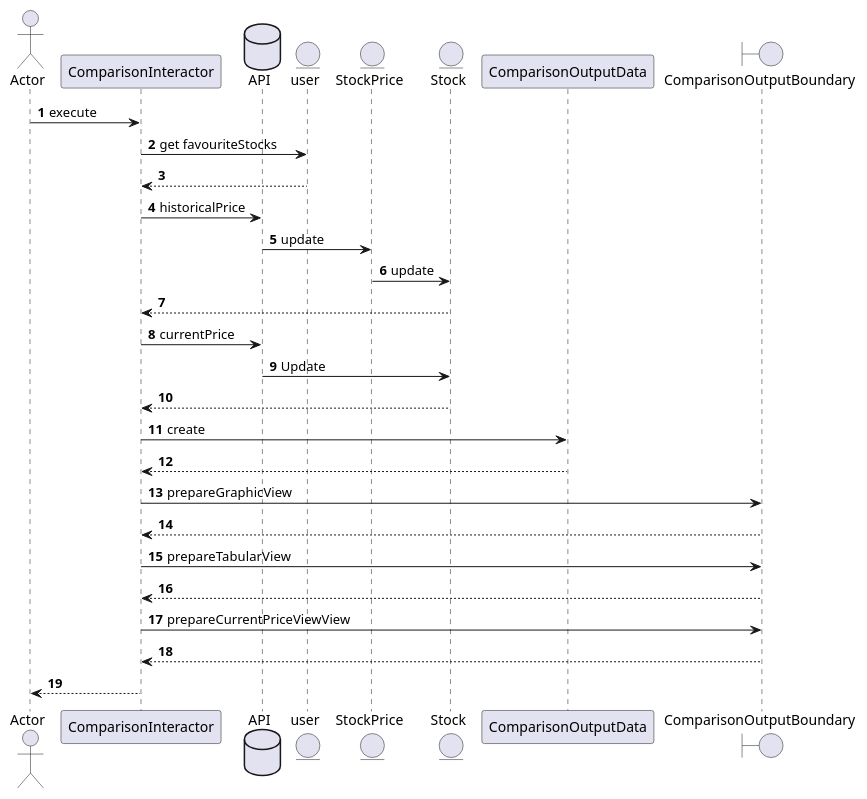
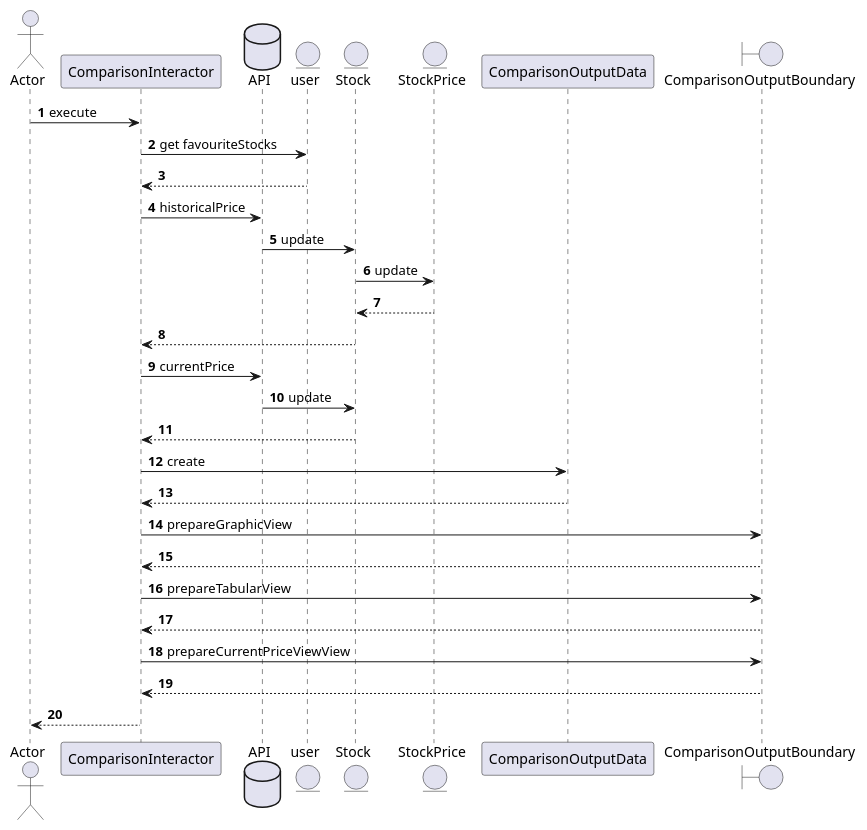
One commit to azyx0083/CSC207-WhatEver-46 changed the third of 4 diagrams in ProjectNextSteps.puml. Above: the diagram before and after it, drawn with PlantUML. The commit also changed other lines of this file, not shown here.

```diff
--- a/ProjectNextSteps.puml
+++ b/ProjectNextSteps.puml
@@ -58,35 +59,36 @@
 @startuml
 autonumber
 actor Actor
 participant ComparisonInteractor
 database API
 entity user
+entity Stock
 entity StockPrice
-entity Stock
 participant ComparisonOutputData
 boundary ComparisonOutputBoundary
 
 
 Actor -> ComparisonInteractor : execute
 ComparisonInteractor -> user : get favouriteStocks
 user --> ComparisonInteractor
 ComparisonInteractor -> API : historicalPrice
-API -> StockPrice: update
-StockPrice -> Stock : update
+API -> Stock: update
+Stock -> StockPrice : update
+StockPrice --> Stock
 Stock --> ComparisonInteractor
 ComparisonInteractor -> API : currentPrice
-API -> Stock: Update
+API -> Stock: update
 Stock --> ComparisonInteractor
 ComparisonInteractor ->  ComparisonOutputData : create
 ComparisonOutputData --> ComparisonInteractor
 ComparisonInteractor -> ComparisonOutputBoundary: prepareGraphicView
 ComparisonOutputBoundary --> ComparisonInteractor
 ComparisonInteractor -> ComparisonOutputBoundary: prepareTabularView
 ComparisonOutputBoundary --> ComparisonInteractor
 ComparisonInteractor -> ComparisonOutputBoundary: prepareCurrentPriceViewView
 ComparisonOutputBoundary --> ComparisonInteractor
 
 ComparisonInteractor --> Actor
 
 
 @enduml
```
